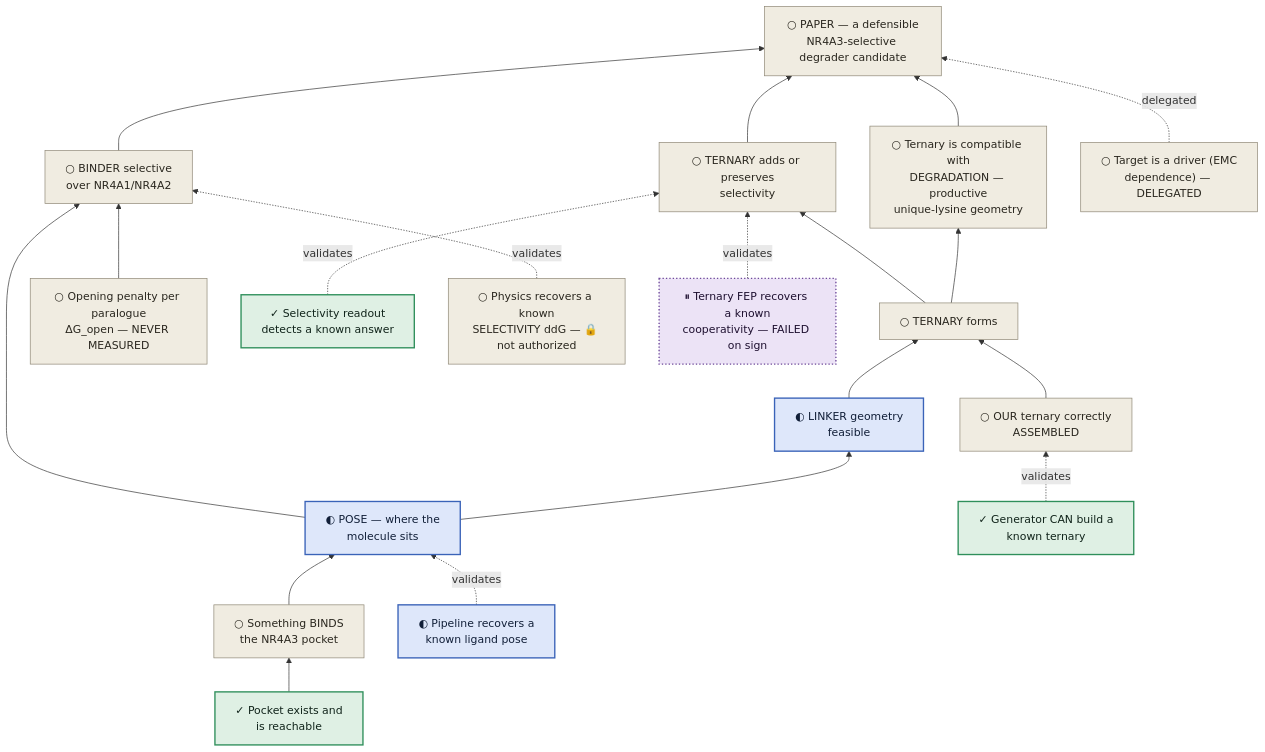
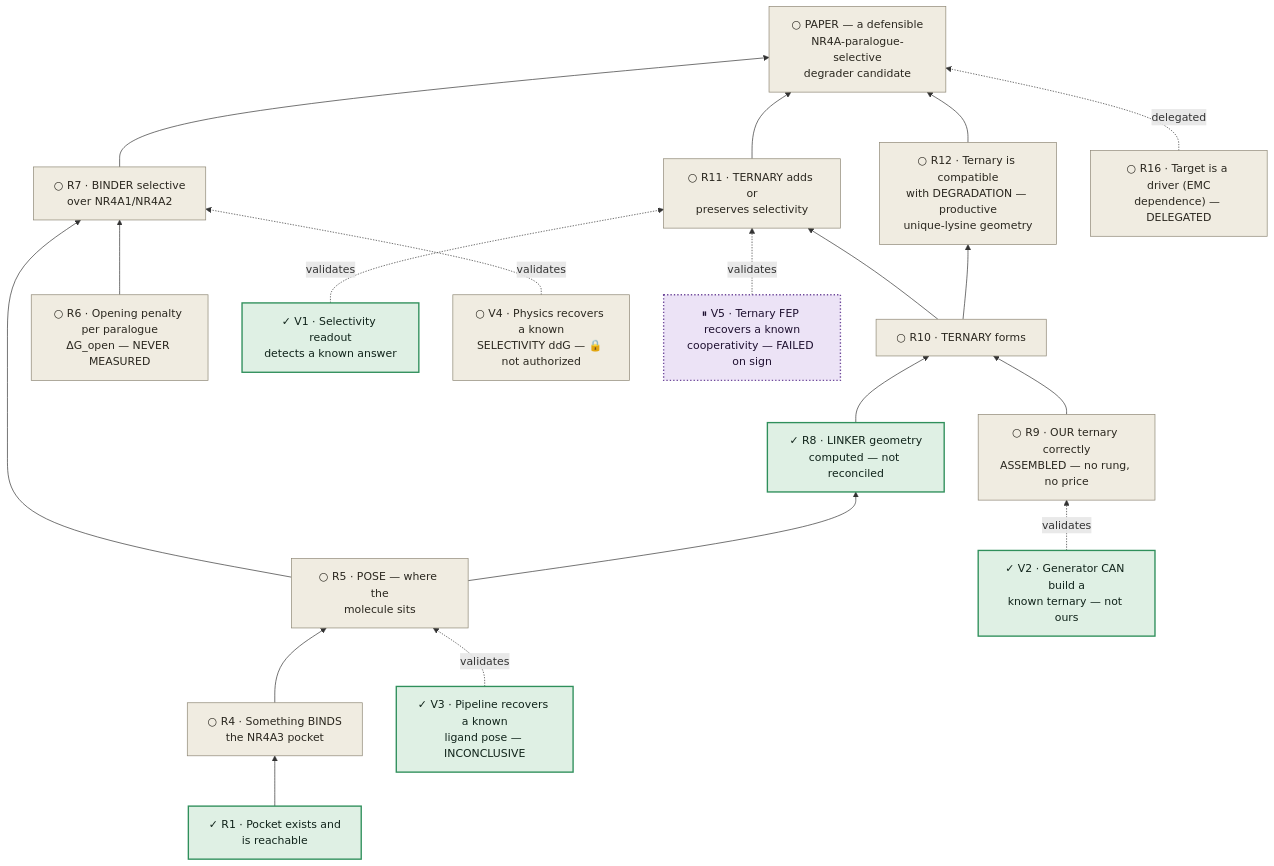
One commit to trimcrae/Rare-cancers changed the first of 3 diagrams in research/manuscripts/nr4a3-program-map.md. Above: the diagram before and after it, drawn with Mermaid. The commit also changed other lines of this file and 2 other files, not shown here.

First line of the commit message:
roadmap: merge STRATEGY.md into the program map as one steerable document

````diff
--- a/research/manuscripts/nr4a3-program-map.md
+++ b/research/manuscripts/nr4a3-program-map.md
@@ -114,50 +474,49 @@
 ```mermaid
 graph BT
-  P["○ PAPER — a defensible<br/>NR4A3-selective degrader candidate"]
-  B["○ BINDER selective<br/>over NR4A1/NR4A2"]
-  T["○ TERNARY forms"]
-  UB["○ Ternary is compatible with<br/>DEGRADATION — productive<br/>unique-lysine geometry"]
-  TS["○ TERNARY adds or preserves<br/>selectivity"]
-  TG["○ Target is a driver (EMC<br/>dependence) — DELEGATED"]
-  L["○ Something BINDS<br/>the NR4A3 pocket"]
-  PO["✓ Pocket exists and<br/>is reachable"]
-  DGO["○ Opening penalty per paralogue<br/>ΔG_open — NEVER MEASURED"]
-  PS["◐ POSE — where the<br/>molecule sits"]
-  LK["◐ LINKER geometry<br/>feasible"]
-  ARCH["○ OUR ternary correctly<br/>ASSEMBLED"]
-  V1["✓ Selectivity readout<br/>detects a known answer"]
-  V2["✓ Generator CAN build a<br/>known ternary"]
-  V3["◐ Pipeline recovers a<br/>known ligand pose"]
-  V4["○ Physics recovers a known<br/>SELECTIVITY ddG — 🔒 not authorized"]
-  VC["⏸ Ternary FEP recovers a known<br/>cooperativity — FAILED on sign"]
+  P["○ PAPER — a defensible<br/>NR4A-paralogue-selective<br/>degrader candidate"]
+  B["○ R7 · BINDER selective<br/>over NR4A1/NR4A2"]
+  T["○ R10 · TERNARY forms"]
+  UB["○ R12 · Ternary is compatible<br/>with DEGRADATION — productive<br/>unique-lysine geometry"]
+  TS["○ R11 · TERNARY adds or<br/>preserves selectivity"]
+  TG["○ R16 · Target is a driver (EMC<br/>dependence) — DELEGATED"]
+  L["○ R4 · Something BINDS<br/>the NR4A3 pocket"]
+  PO["✓ R1 · Pocket exists and<br/>is reachable"]
+  DGO["○ R6 · Opening penalty per paralogue<br/>ΔG_open — NEVER MEASURED"]
+  PS["○ R5 · POSE — where the<br/>molecule sits"]
+  LK["✓ R8 · LINKER geometry<br/>computed — not reconciled"]
+  ARCH["○ R9 · OUR ternary correctly<br/>ASSEMBLED — no rung, no price"]
+  V1["✓ V1 · Selectivity readout<br/>detects a known answer"]
+  V2["✓ V2 · Generator CAN build a<br/>known ternary — not ours"]
+  V3["✓ V3 · Pipeline recovers a known<br/>ligand pose — INCONCLUSIVE"]
+  V4["○ V4 · Physics recovers a known<br/>SELECTIVITY ddG — 🔒 not authorized"]
+  V5["⏸ V5 · Ternary FEP recovers a known<br/>cooperativity — FAILED on sign"]
 
   PO --> L
   L --> PS
   PS --> B
   DGO --> B
   PS --> LK
   LK --> T
   ARCH --> T
   T --> TS
   T --> UB
   UB --> P
   B --> P
   TS --> P
   TG -.delegated.-> P
   V3 -.validates.-> PS
   V4 -.validates.-> B
   V2 -.validates.-> ARCH
   V1 -.validates.-> TS
-  VC -.validates.-> TS
+  V5 -.validates.-> TS
 
   classDef done fill:#dff0e4,stroke:#2f8f5b,stroke-width:2px,color:#10231a;
   classDef work fill:#dee7fa,stroke:#3a63b8,stroke-width:2px,color:#111f38;
   classDef next fill:#f0ece1,stroke:#8d8674,stroke-width:1px,color:#2a271f;
   classDef parked fill:#ece3f6,stroke:#6f4a9b,stroke-width:2px,color:#1e1030,stroke-dasharray:2 3;
   classDef dead fill:#f7e6e0,stroke:#b1543a,stroke-width:2px,color:#2e150f,stroke-dasharray:5 3;
 
-  class PO,V1,V2 done;
-  class PS,LK,V3 work;
-  class P,B,T,UB,TS,TG,L,ARCH,DGO,V4 next;
-  class VC parked;
+  class PO,LK,V1,V2,V3 done;
+  class P,B,T,UB,TS,TG,L,ARCH,DGO,PS,V4 next;
+  class V5 parked;
 ```
````
